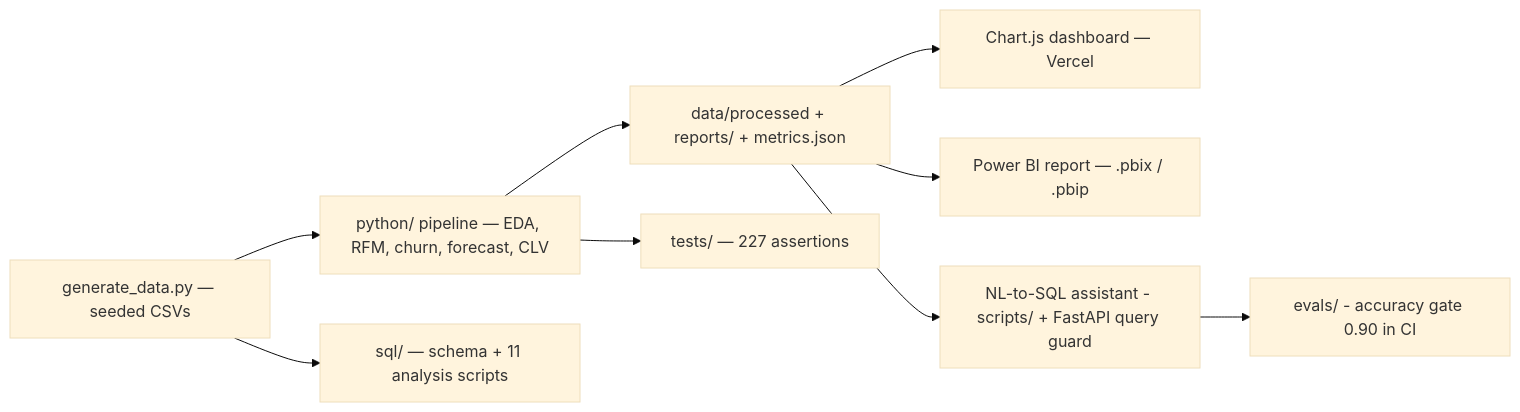
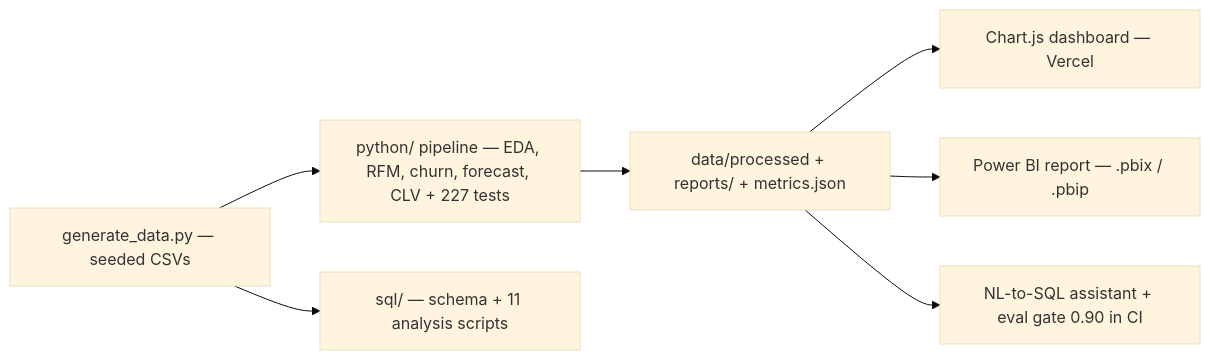
Before and after one commit to rishi-1603/E_commerce-Sales-and-Data-Analytics: the diagram in README.md, drawn with Mermaid (base theme). The commit also changed other lines of this file, not shown here.

````diff
--- a/README.md
+++ b/README.md
@@ -129,11 +165,9 @@
 ```mermaid
 flowchart LR
-    A["generate_data.py — seeded CSVs"] --> B["python/ pipeline — EDA, RFM, churn, forecast, CLV"]
+    A["generate_data.py — seeded CSVs"] --> B["python/ pipeline — EDA, RFM, churn, forecast, CLV + 227 tests"]
     A --> C["sql/ — schema + 11 analysis scripts"]
     B --> D["data/processed + reports/ + metrics.json"]
     D --> E["Chart.js dashboard — Vercel"]
     D --> F["Power BI report — .pbix / .pbip"]
-    D --> G["NL-to-SQL assistant - scripts/ + FastAPI query guard"]
-    G --> H["evals/ - accuracy gate 0.90 in CI"]
-    B --> I["tests/ — 227 assertions"]
+    D --> G["NL-to-SQL assistant + eval gate 0.90 in CI"]
 ```
````
